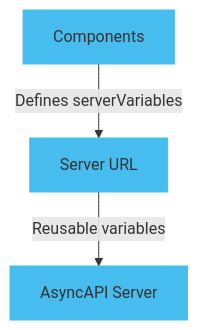
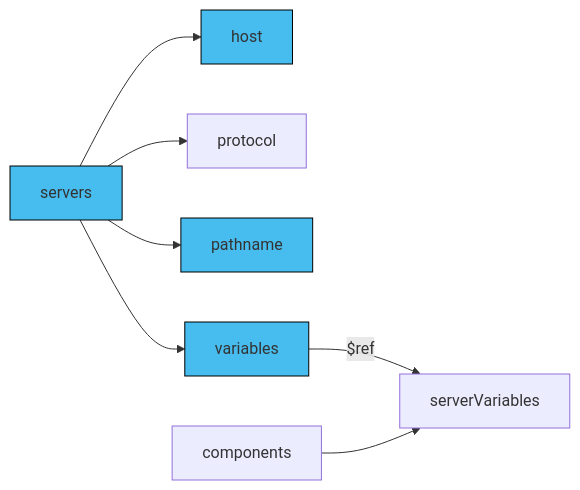
Before and after one commit to asyncapi/website: the diagram in pages/docs/concepts/asyncapi-document/variable-url.md, drawn with Mermaid. The commit also changed other lines of this file, not shown here.

````diff
--- a/pages/docs/concepts/asyncapi-document/variable-url.md
+++ b/pages/docs/concepts/asyncapi-document/variable-url.md
@@ -16,14 +14,21 @@
 ```mermaid
-graph TD
-
-    A[AsyncAPI Server]
-    B[Components]
-    C[Server URL]
-
-style A fill:#47BCEE,stroke:#47BCEE;
-style B fill:#47BCEE,stroke:#47BCEE;
-style C fill:#47BCEE,stroke:#47BCEE;
-
-  B -->|Defines serverVariables| C
-  C -->|Reusable variables| A
+graph LR
+  C[servers]
+  F[host]
+  I[protocol]
+  E[pathname]
+  A[components]
+  B[serverVariables]
+  D[variables]
+  C --> F
+  C --> I
+  C --> E
+  C --> D
+  D --> |$ref| B
+  A --> B
+  
+  style C fill:#47BCEE,stroke:#000;
+  style D fill:#47BCEE,stroke:#000;
+  style F fill:#47BCEE,stroke:#000;
+  style E fill:#47BCEE,stroke:#000
 ```
````
